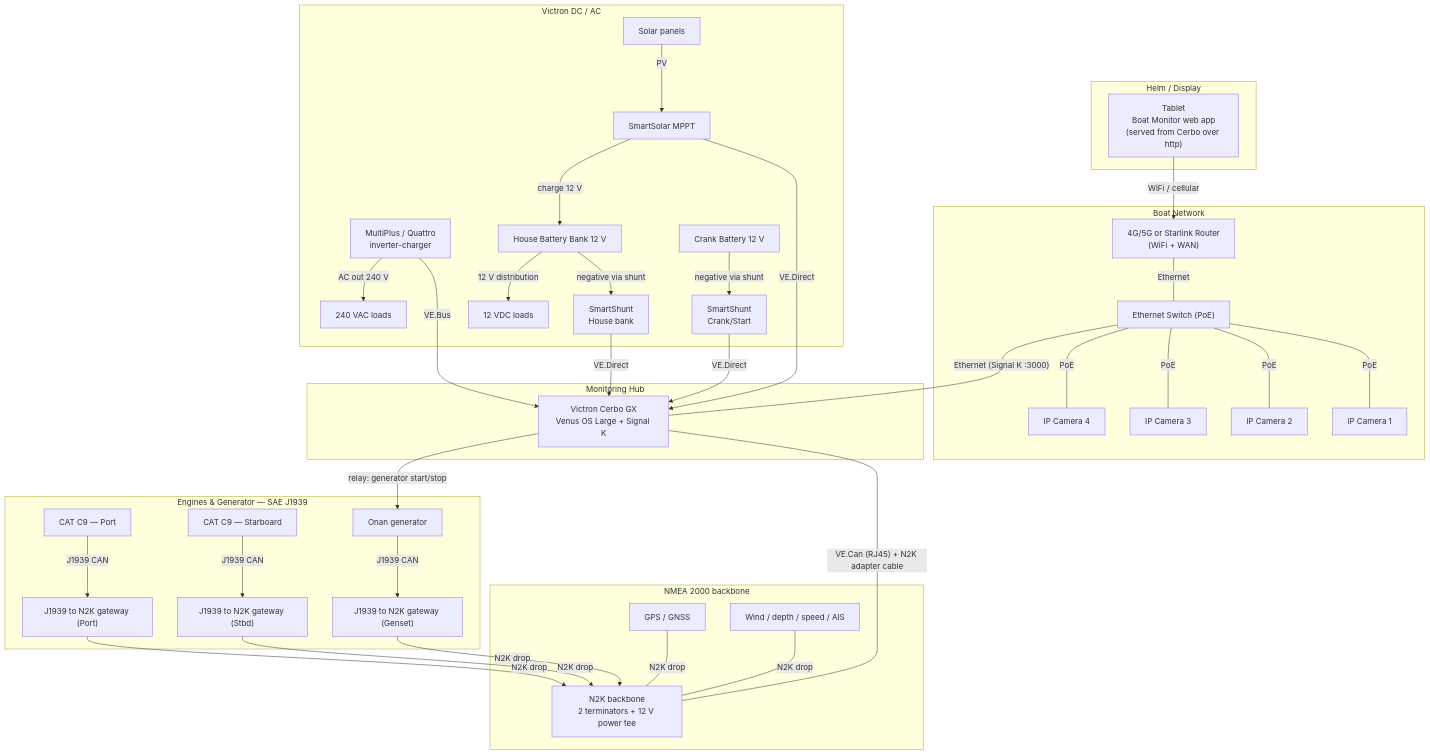
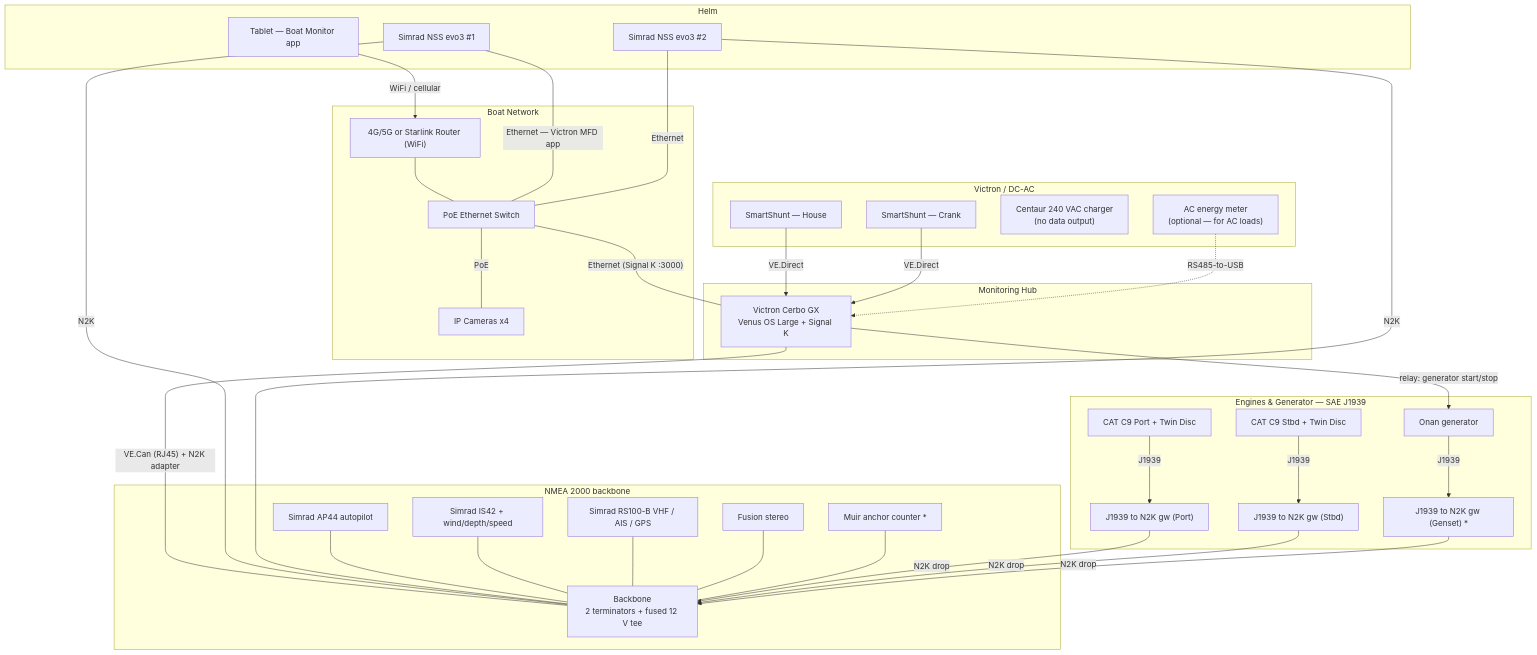
The first of 4 diagrams in docs/wiring-diagram.md (dblenkins-222/Claude-), drawn with Mermaid before and after one commit. The commit also changed other lines of this file and 1 other file, not shown here.

First line of the commit message:
Tailor wiring doc to vessel; add power one-line + bill of materials

````diff
--- a/docs/wiring-diagram.md
+++ b/docs/wiring-diagram.md
@@ -14,80 +30,68 @@
 ```mermaid
 flowchart TB
-  subgraph HELM["Helm / Display"]
-    TABLET["Tablet<br/>Boat Monitor web app<br/>(served from Cerbo over http)"]
+  subgraph HELM["Helm"]
+    TABLET["Tablet — Boat Monitor app"]
+    MFD1["Simrad NSS evo3 #1"]
+    MFD2["Simrad NSS evo3 #2"]
   end
 
   subgraph LAN["Boat Network"]
-    ROUTER["4G/5G or Starlink Router<br/>(WiFi + WAN)"]
-    SWITCH["Ethernet Switch (PoE)"]
-    CAM1["IP Camera 1"]
-    CAM2["IP Camera 2"]
-    CAM3["IP Camera 3"]
-    CAM4["IP Camera 4"]
+    ROUTER["4G/5G or Starlink Router (WiFi)"]
+    SWITCH["PoE Ethernet Switch"]
+    CAM["IP Cameras x4"]
   end
 
   subgraph HUB["Monitoring Hub"]
     CERBO["Victron Cerbo GX<br/>Venus OS Large + Signal K"]
   end
 
-  subgraph VIC["Victron DC / AC"]
-    QUATTRO["MultiPlus / Quattro<br/>inverter-charger"]
-    MPPT["SmartSolar MPPT"]
-    HSHUNT["SmartShunt<br/>House bank"]
-    CSHUNT["SmartShunt<br/>Crank/Start"]
-    HBANK["House Battery Bank 12 V"]
-    CBANK["Crank Battery 12 V"]
-    SOLAR["Solar panels"]
-    ACLOADS["240 VAC loads"]
-    DCLOADS["12 VDC loads"]
+  subgraph VIC["Victron / DC-AC"]
+    HSHUNT["SmartShunt — House"]
+    CSHUNT["SmartShunt — Crank"]
+    CENTAUR["Centaur 240 VAC charger<br/>(no data output)"]
+    METER["AC energy meter<br/>(optional — for AC loads)"]
   end
 
   subgraph N2K["NMEA 2000 backbone"]
-    BACKBONE["N2K backbone<br/>2 terminators + 12 V power tee"]
-    GPS["GPS / GNSS"]
-    INST["Wind / depth / speed / AIS"]
+    BB["Backbone<br/>2 terminators + fused 12 V tee"]
+    AP44["Simrad AP44 autopilot"]
+    IS42["Simrad IS42 + wind/depth/speed"]
+    RS100["Simrad RS100-B VHF / AIS / GPS"]
+    FUSION["Fusion stereo"]
+    MUIR["Muir anchor counter *"]
   end
 
   subgraph PROP["Engines & Generator — SAE J1939"]
-    PENG["CAT C9 — Port"]
-    SENG["CAT C9 — Starboard"]
+    PENG["CAT C9 Port + Twin Disc"]
+    SENG["CAT C9 Stbd + Twin Disc"]
     GEN["Onan generator"]
-    PGW["J1939 to N2K gateway (Port)"]
-    SGW["J1939 to N2K gateway (Stbd)"]
-    GGW["J1939 to N2K gateway (Genset)"]
+    PGW["J1939 to N2K gw (Port)"]
+    SGW["J1939 to N2K gw (Stbd)"]
+    GGW["J1939 to N2K gw (Genset) *"]
   end
 
-  %% ---- Network / app data ----
   TABLET -->|"WiFi / cellular"| ROUTER
-  ROUTER ---|"Ethernet"| SWITCH
-  SWITCH ---|"PoE"| CAM1
-  SWITCH ---|"PoE"| CAM2
-  SWITCH ---|"PoE"| CAM3
-  SWITCH ---|"PoE"| CAM4
+  ROUTER --- SWITCH
+  SWITCH ---|"PoE"| CAM
   SWITCH ---|"Ethernet (Signal K :3000)"| CERBO
+  MFD1 ---|"Ethernet — Victron MFD app"| SWITCH
+  MFD2 ---|"Ethernet"| SWITCH
 
-  %% ---- Cerbo to NMEA 2000 ----
-  CERBO ---|"VE.Can (RJ45) + N2K adapter cable"| BACKBONE
-  GPS ---|"N2K drop"| BACKBONE
-  INST ---|"N2K drop"| BACKBONE
+  CERBO ---|"VE.Can (RJ45) + N2K adapter"| BB
+  MFD1 ---|"N2K"| BB
+  MFD2 ---|"N2K"| BB
+  AP44 --- BB
+  IS42 --- BB
+  RS100 --- BB
+  FUSION --- BB
+  MUIR --- BB
 
-  %% ---- Engines & genset (J1939 -> N2K) ----
-  PENG -->|"J1939 CAN"| PGW -->|"N2K drop"| BACKBONE
-  SENG -->|"J1939 CAN"| SGW -->|"N2K drop"| BACKBONE
-  GEN  -->|"J1939 CAN"| GGW -->|"N2K drop"| BACKBONE
+  PENG -->|"J1939"| PGW -->|"N2K drop"| BB
+  SENG -->|"J1939"| SGW -->|"N2K drop"| BB
+  GEN  -->|"J1939"| GGW -->|"N2K drop"| BB
 
-  %% ---- Victron data to Cerbo ----
   HSHUNT -->|"VE.Direct"| CERBO
   CSHUNT -->|"VE.Direct"| CERBO
-  MPPT   -->|"VE.Direct"| CERBO
-  QUATTRO -->|"VE.Bus"| CERBO
+  METER -.->|"RS485-to-USB"| CERBO
   CERBO -->|"relay: generator start/stop"| GEN
-
-  %% ---- Power (heavy DC/AC) ----
-  SOLAR -->|"PV"| MPPT
-  MPPT -->|"charge 12 V"| HBANK
-  HBANK -->|"negative via shunt"| HSHUNT
-  CBANK -->|"negative via shunt"| CSHUNT
-  QUATTRO -->|"AC out 240 V"| ACLOADS
-  HBANK -->|"12 V distribution"| DCLOADS
 ```
````
